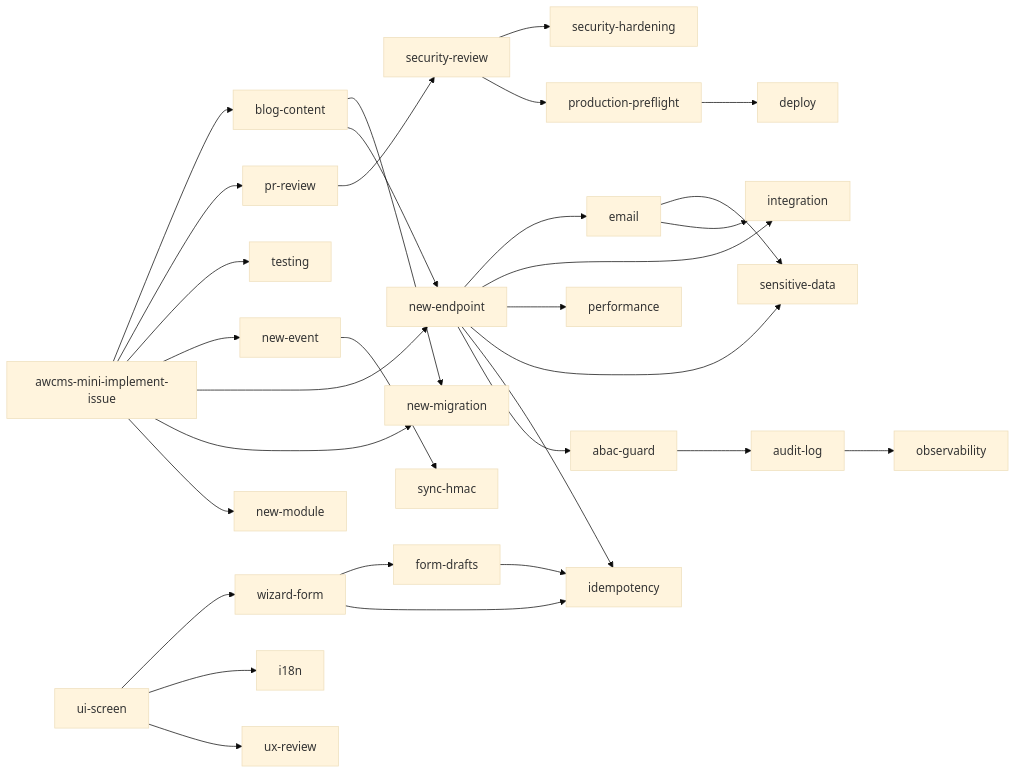
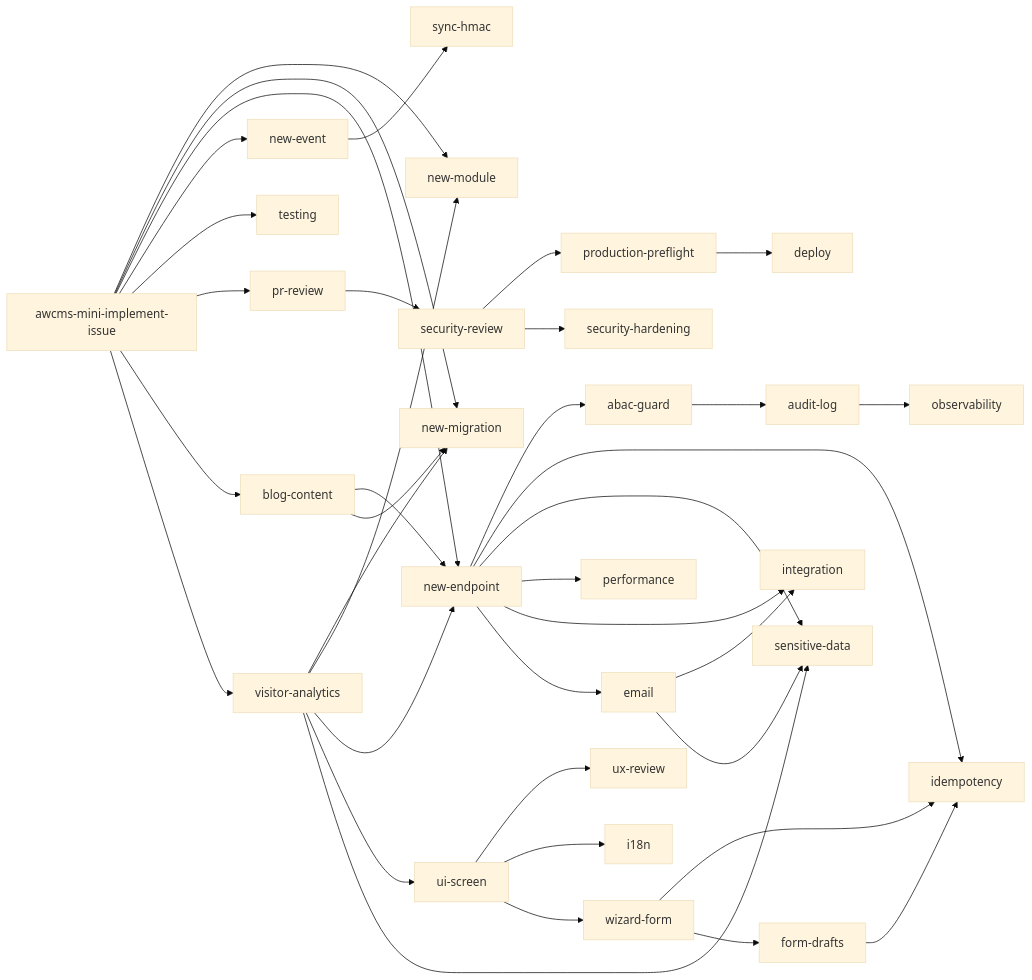
One commit to ahliweb/awcms-mini changed the third of 5 diagrams in AGENTS.md. Above: the diagram before and after it, drawn with Mermaid (base theme). The commit also changed other lines of this file and 16 other files, not shown here.

First line of the commit message:
feat(visitor-analytics): add module descriptor, permissions, and configuration gate (#625)

````diff
--- a/AGENTS.md
+++ b/AGENTS.md
@@ -140,31 +141,37 @@
 ```mermaid
 flowchart LR
   II[awcms-mini-implement-issue] --> NM[new-module]
   II --> MIG[new-migration]
   II --> EP[new-endpoint]
   II --> EV[new-event]
   II --> TST[testing]
   EP --> ABAC[abac-guard]
   EP --> IDEM[idempotency]
   ABAC --> AUD[audit-log]
   AUD --> OBS[observability]
   EP --> SD[sensitive-data]
   EV --> SYNC[sync-hmac]
   II --> PR[pr-review] --> SEC[security-review] --> PF[production-preflight]
   PF --> DEP[deploy]
   UI2[ui-screen] --> UXR[ux-review]
   UI2 --> I18N[i18n]
   UI2 --> WIZ[wizard-form]
   WIZ --> IDEM
   WIZ --> DRAFT[form-drafts]
   DRAFT --> IDEM
   EP --> PERF[performance]
   EP --> INT[integration]
   SEC --> HARD[security-hardening]
   EP --> EMAIL[email]
   EMAIL --> INT
   EMAIL --> SD
   II --> BLOG[blog-content]
   BLOG --> EP
   BLOG --> MIG
+  II --> VA[visitor-analytics]
+  VA --> MIG
+  VA --> NM
+  VA --> EP
+  VA --> UI2
+  VA --> SD
 ```
````
